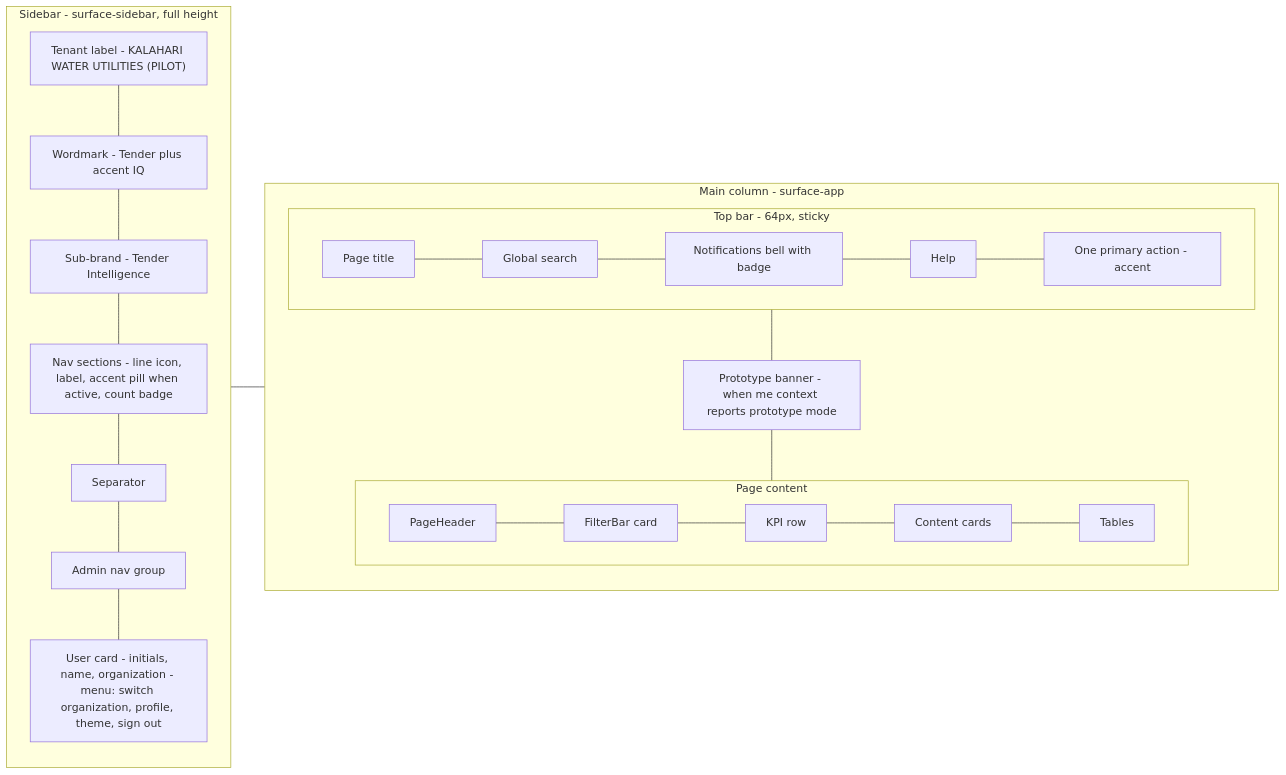
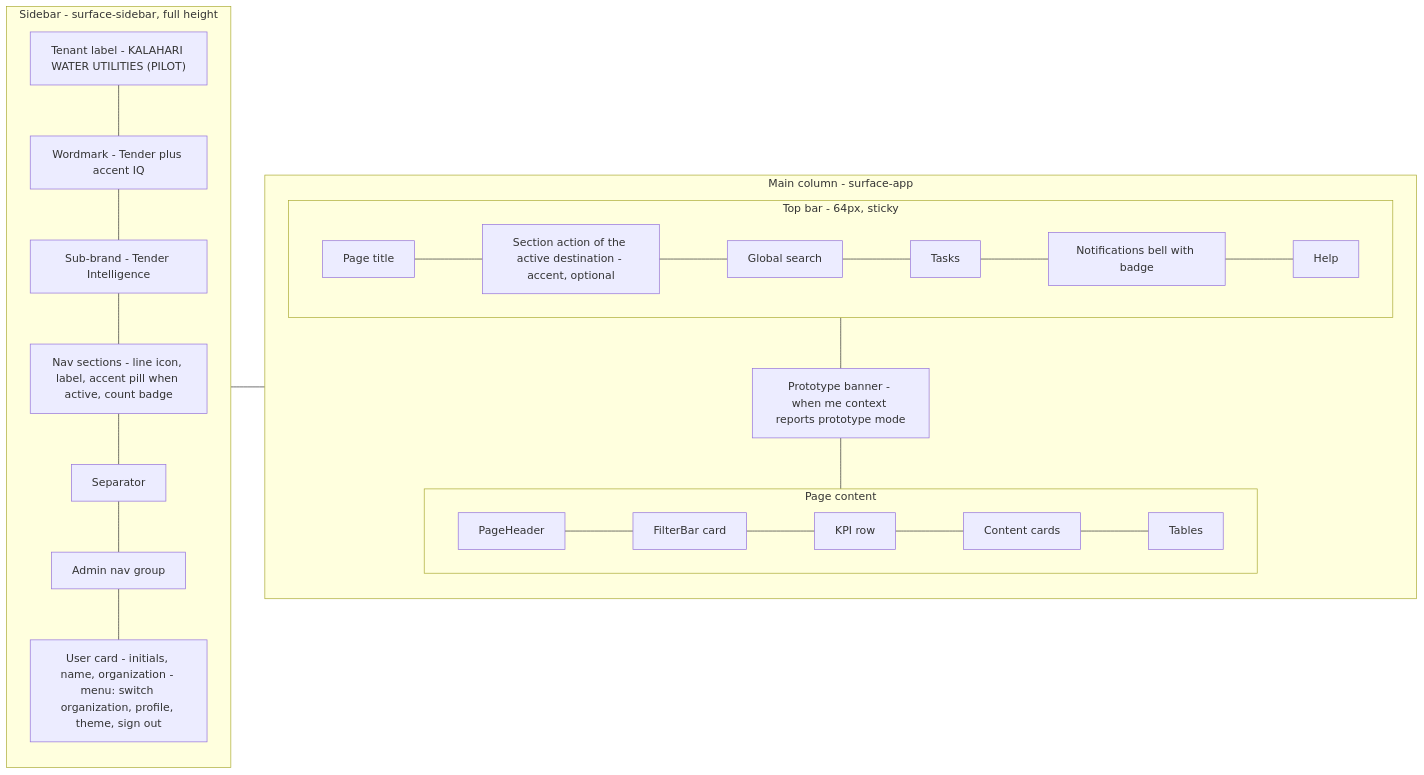
Before and after one commit to wemaketools/tenderiq: the first of 7 diagrams in docs/technical/09-frontend.md, drawn with Mermaid. The commit also changed other lines of this file and 231 other files, not shown here.

````diff
--- a/docs/technical/09-frontend.md
+++ b/docs/technical/09-frontend.md
@@ -204,24 +209,24 @@
 ```mermaid
 flowchart LR
   subgraph SIDEBAR["Sidebar - surface-sidebar, full height"]
     S1["Tenant label - KALAHARI WATER UTILITIES (PILOT)"]
     S2["Wordmark - Tender plus accent IQ"]
     S3["Sub-brand - Tender Intelligence"]
     S4["Nav sections - line icon, label, accent pill when active, count badge"]
     S5["Separator"]
     S6["Admin nav group"]
     S7["User card - initials, name, organization - menu: switch organization, profile, theme, sign out"]
     S1 --- S2 --- S3 --- S4 --- S5 --- S6 --- S7
   end
   subgraph MAIN["Main column - surface-app"]
     subgraph TOPBAR["Top bar - 64px, sticky"]
-      T1["Page title"] --- T2["Global search"] --- T3["Notifications bell with badge"] --- T4["Help"] --- T5["One primary action - accent"]
+      T1["Page title"] --- T5["Section action of the active destination - accent, optional"] --- T2["Global search"] --- T6["Tasks"] --- T3["Notifications bell with badge"] --- T4["Help"]
     end
     BANNER["Prototype banner - when me context reports prototype mode"]
     subgraph PAGE["Page content"]
       P1["PageHeader"] --- P2["FilterBar card"] --- P3["KPI row"] --- P4["Content cards"] --- P5["Tables"]
     end
     TOPBAR --- BANNER --- PAGE
   end
   SIDEBAR --- MAIN
 ```
````
